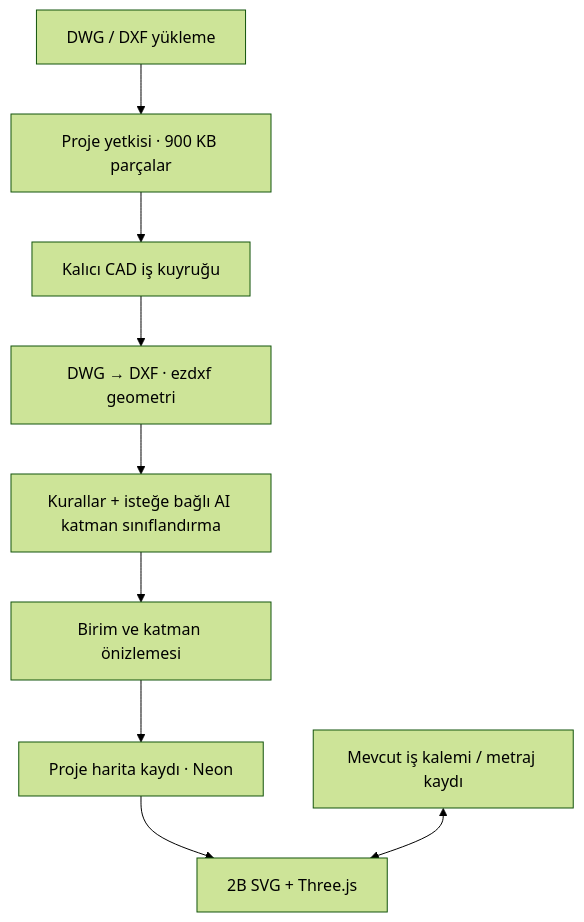
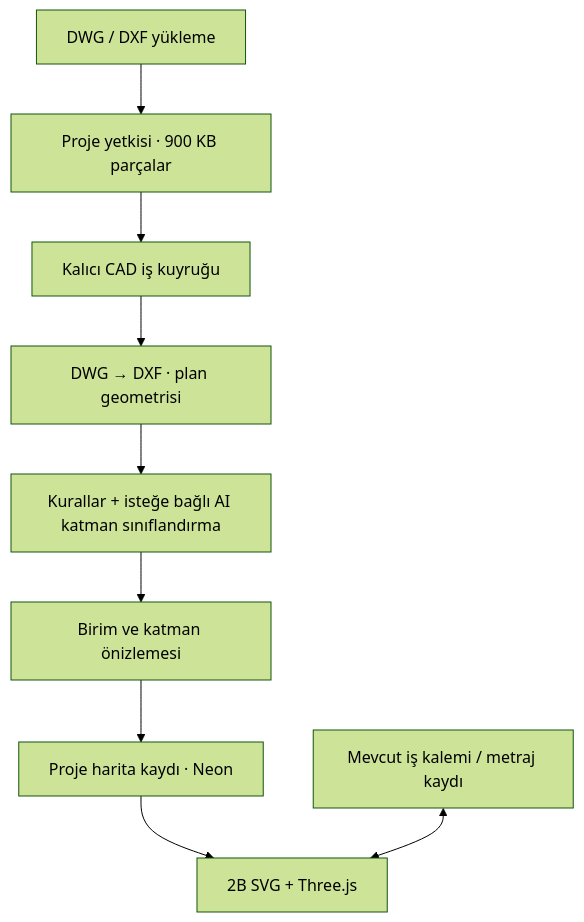
The diagram in cephepro/docs/HARITA_3B_KURULUM.md (aydogdu1623/V1.3.2), drawn with Mermaid (forest theme) before and after one commit. The commit also changed other lines of this file and 20 other files, not shown here.

````diff
--- a/cephepro/docs/HARITA_3B_KURULUM.md
+++ b/cephepro/docs/HARITA_3B_KURULUM.md
@@ -55,11 +57,11 @@
 ```mermaid
 flowchart TD
   A["DWG / DXF yükleme"] --> B["Proje yetkisi · 900 KB parçalar"]
   B --> C["Kalıcı CAD iş kuyruğu"]
-  C --> D["DWG → DXF · ezdxf geometri"]
+  C --> D["DWG → DXF · plan geometrisi"]
   D --> E["Kurallar + isteğe bağlı AI katman sınıflandırma"]
   E --> F["Birim ve katman önizlemesi"]
   F --> G["Proje harita kaydı · Neon"]
   G --> H["2B SVG + Three.js"]
   I["Mevcut iş kalemi / metraj kaydı"] <--> H
 ```
````
